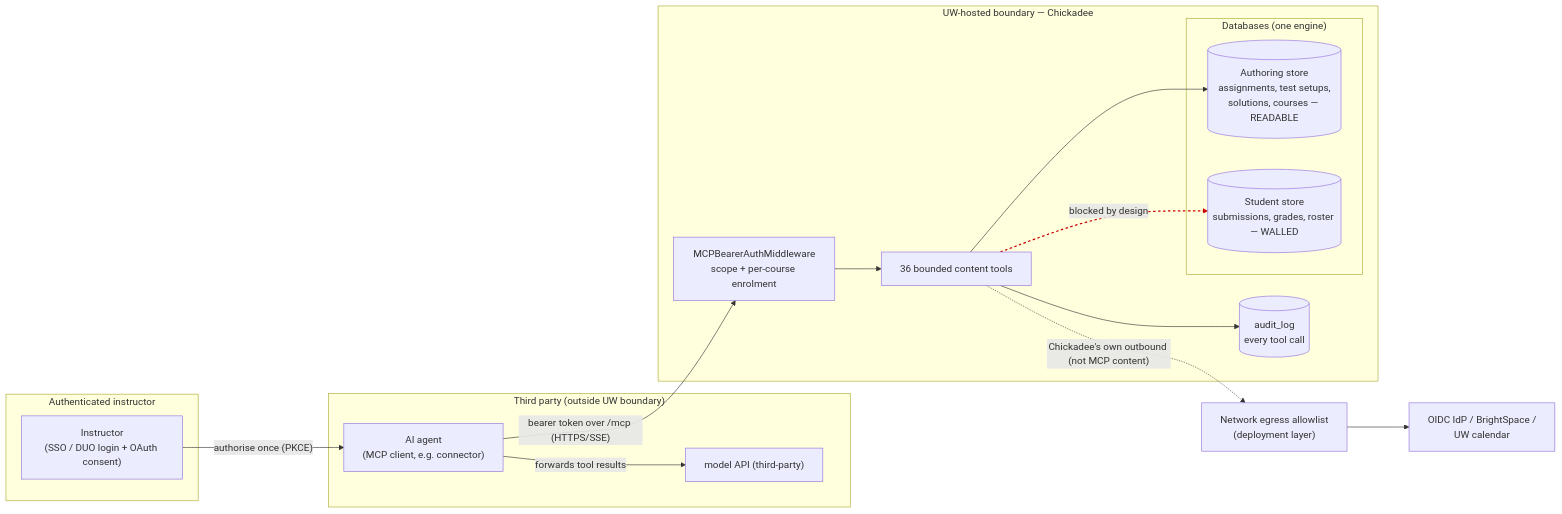
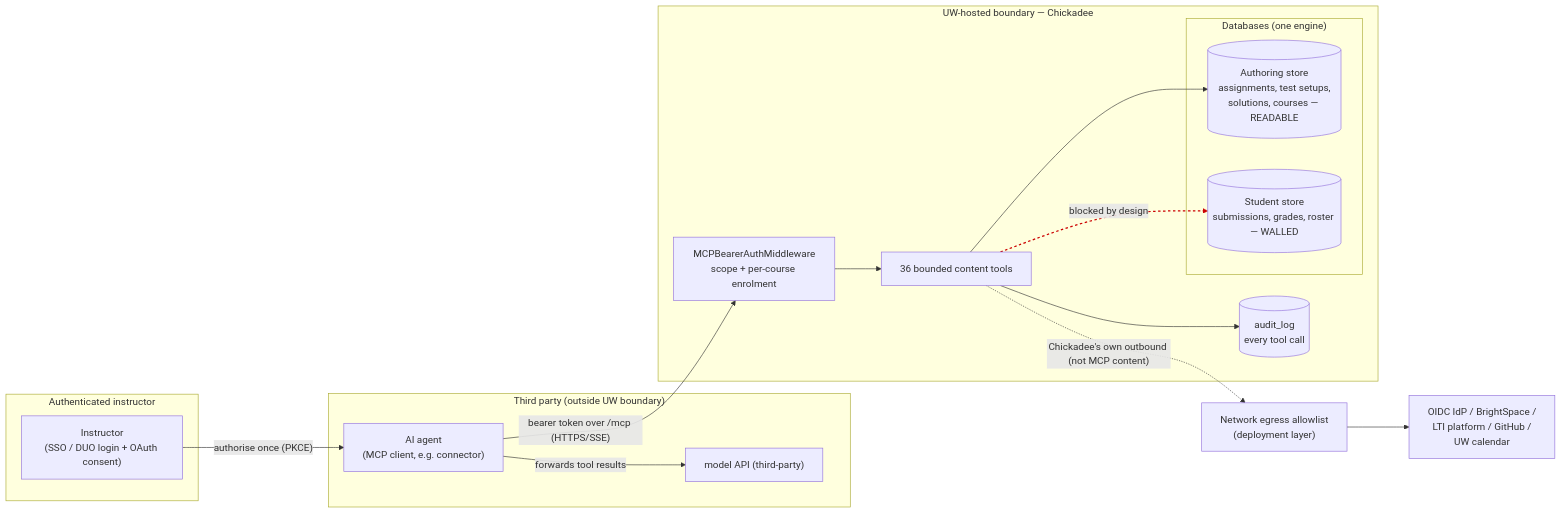
Before and after one commit to JimWallace/Chickadee: the diagram in docs/compliance/trust-boundary.md, drawn with Mermaid. The commit also changed other lines of this file and 2 other files, not shown here.

First line of the commit message:
Add GitHub to the compliance data-flow inventory and trust-boundary note

````diff
--- a/docs/compliance/trust-boundary.md
+++ b/docs/compliance/trust-boundary.md
@@ -74,37 +99,37 @@
 ```mermaid
 flowchart LR
     subgraph human["Authenticated instructor"]
         I["Instructor<br/>(SSO / DUO login + OAuth consent)"]
     end
 
     subgraph thirdparty["Third party (outside UW boundary)"]
         A["AI agent<br/>(MCP client, e.g. connector)"]
         M["model API (third-party)"]
     end
 
     subgraph uw["UW-hosted boundary — Chickadee"]
         B["MCPBearerAuthMiddleware<br/>scope + per-course enrolment"]
         T["36 bounded content tools"]
         AU[("audit_log<br/>every tool call")]
         subgraph stores["Databases (one engine)"]
             AS[("Authoring store<br/>assignments, test setups,<br/>solutions, courses — READABLE")]
             SS[("Student store<br/>submissions, grades, roster — WALLED")]
         end
     end
 
     EG["Network egress allowlist<br/>(deployment layer)"]
-    OIDC["OIDC IdP / BrightSpace /<br/>UW calendar"]
+    OIDC["OIDC IdP / BrightSpace /<br/>LTI platform / GitHub /<br/>UW calendar"]
 
     I -->|"authorise once (PKCE)"| A
     A -->|"bearer token over /mcp (HTTPS/SSE)"| B
     B --> T
     T --> AU
     T --> AS
     T -. "blocked by design" .-> SS
     A -->|"forwards tool results"| M
 
     T -.->|"Chickadee's own outbound (not MCP content)"| EG
     EG --> OIDC
 
     linkStyle 5 stroke:#c00,stroke-width:2px,stroke-dasharray:4 4
 ```
````
